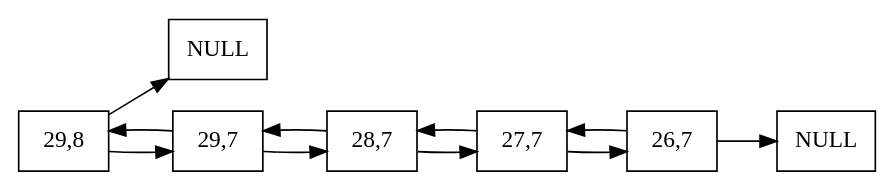
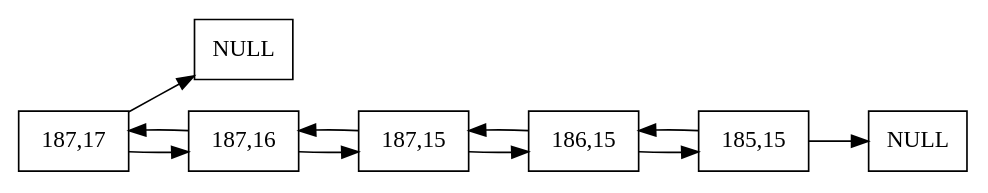
The diagram in SnakeReport.dot (olgt/EDD_1S2019_P1_201612341), drawn with Graphviz before and after one commit. The commit also changed 8 other files, not shown here.

```diff
--- a/SnakeReport.dot
+++ b/SnakeReport.dot
@@ -1,21 +1,21 @@
 digraph firstGraph{
 node [shape = record];
 rankdir=LR;
 node0 [label=" NULL "];
 node1 -> node0;
-node1 [label=" 29,8 "];
+node1 [label=" 187,17 "];
 node1 -> node2;
 node2 -> node1;
-node2 [label=" 29,7 "];
+node2 [label=" 187,16 "];
 node2 -> node3;
 node3 -> node2;
-node3 [label=" 28,7 "];
+node3 [label=" 187,15 "];
 node3 -> node4;
 node4 -> node3;
-node4 [label=" 27,7 "];
+node4 [label=" 186,15 "];
 node4 -> node5;
 node5 -> node4;
-node5 [label=" 26,7 "];
+node5 [label=" 185,15 "];
 node5 -> node6;
 node6 [label=" NULL "];
 }
```
